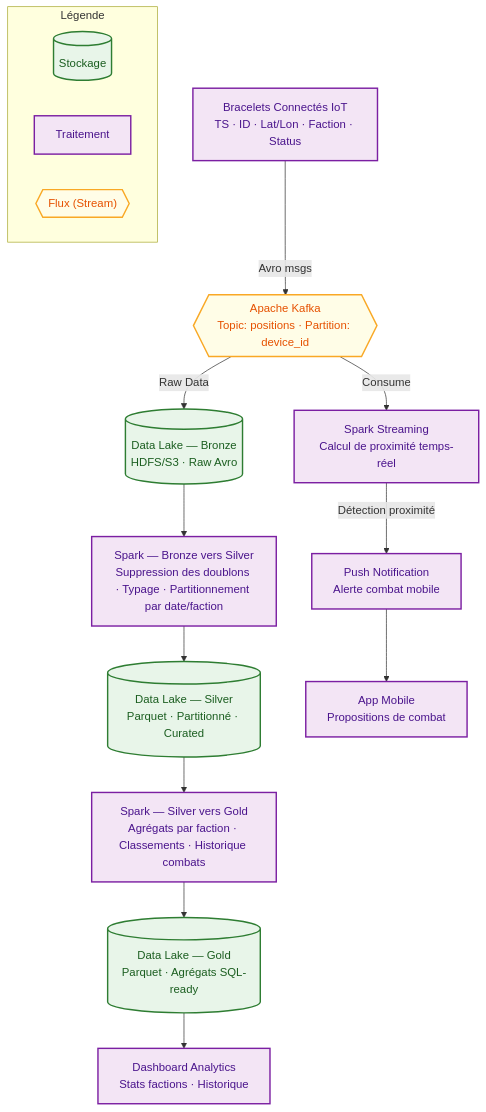
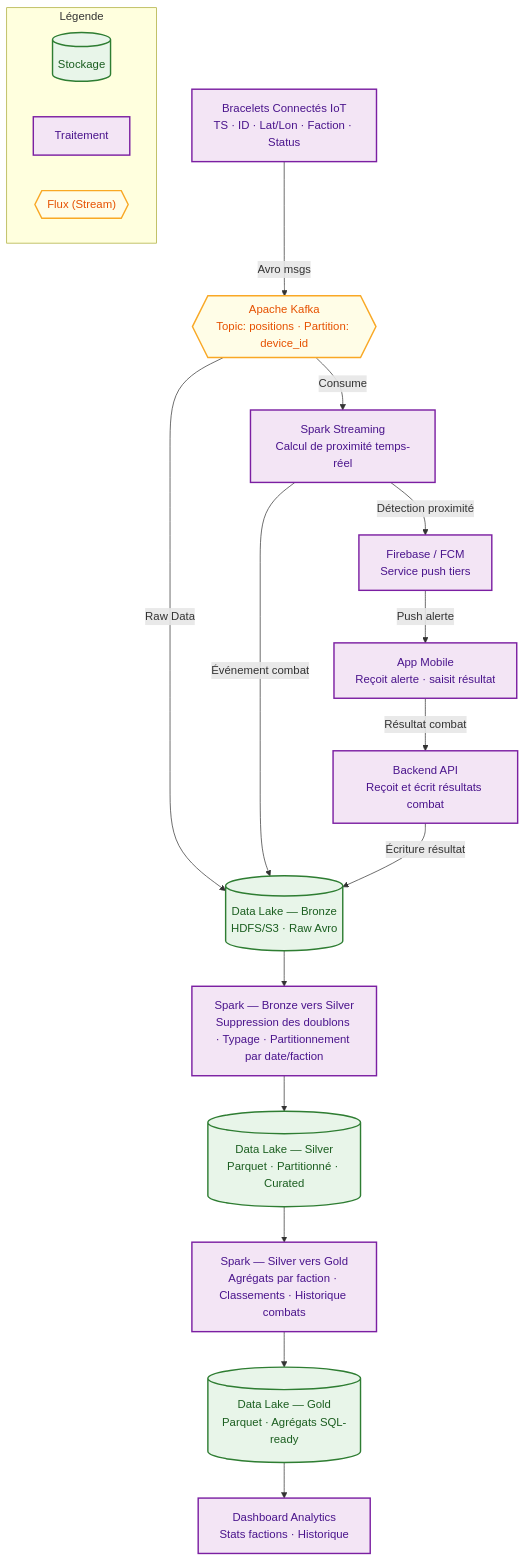
One commit to ZeldaTwo/IDEProject changed the diagram in README.md. Above: the diagram before and after it, drawn with Mermaid.

Commit message:
fix: now, datalake gets stats from fights ending

````diff
--- a/README.md
+++ b/README.md
@@ -56,35 +56,39 @@
 ```mermaid
 flowchart TD
     subgraph Legende [Légende]
         S[(Stockage)]:::storage
         P[Traitement]:::process
         ST{{"Flux (Stream)"}}:::stream
     end
 
     IoT["Bracelets Connectés IoT\nTS · ID · Lat/Lon · Faction · Status"]:::process
     Kafka{{"Apache Kafka\nTopic: positions · Partition: device_id"}}:::stream
     SS["Spark Streaming\nCalcul de proximité temps-réel"]:::process
     ETL1["Spark — Bronze vers Silver\nSuppression des doublons · Typage · Partitionnement par date/faction"]:::process
     ETL2["Spark — Silver vers Gold\nAgrégats par faction · Classements · Historique combats"]:::process
     Bronze[("Data Lake — Bronze\nHDFS/S3 · Raw Avro")]:::storage
     Silver[("Data Lake — Silver\nParquet · Partitionné · Curated")]:::storage
     Gold[("Data Lake — Gold\nParquet · Agrégats SQL-ready")]:::storage
-    Push["Push Notification\nAlerte combat mobile"]:::process
-    Mobile["App Mobile\nPropositions de combat"]:::process
+    FCM["Firebase / FCM\nService push tiers"]:::process
+    Mobile["App Mobile\nReçoit alerte · saisit résultat"]:::process
+    API["Backend API\nReçoit et écrit résultats combat"]:::process
     Dashboard["Dashboard Analytics\nStats factions · Historique"]:::process
 
     IoT -->|Avro msgs| Kafka
     Kafka -->|Consume| SS
     Kafka -->|Raw Data| Bronze
-    SS -->|Détection proximité| Push
-    Push --> Mobile
+    SS -->|Détection proximité| FCM
+    SS -->|Événement combat| Bronze
+    FCM -->|Push alerte| Mobile
+    Mobile -->|Résultat combat| API
+    API -->|Écriture résultat| Bronze
     Bronze --> ETL1
     ETL1 --> Silver
     Silver --> ETL2
     ETL2 --> Gold
     Gold --> Dashboard
 
     classDef storage fill:#e8f5e9,stroke:#2e7d32,stroke-width:2px,color:#1b5e20
     classDef process fill:#f3e5f5,stroke:#7b1fa2,stroke-width:2px,color:#4a148c
     classDef stream fill:#fffde7,stroke:#f9a825,stroke-width:2px,color:#e65100
 ```
````
